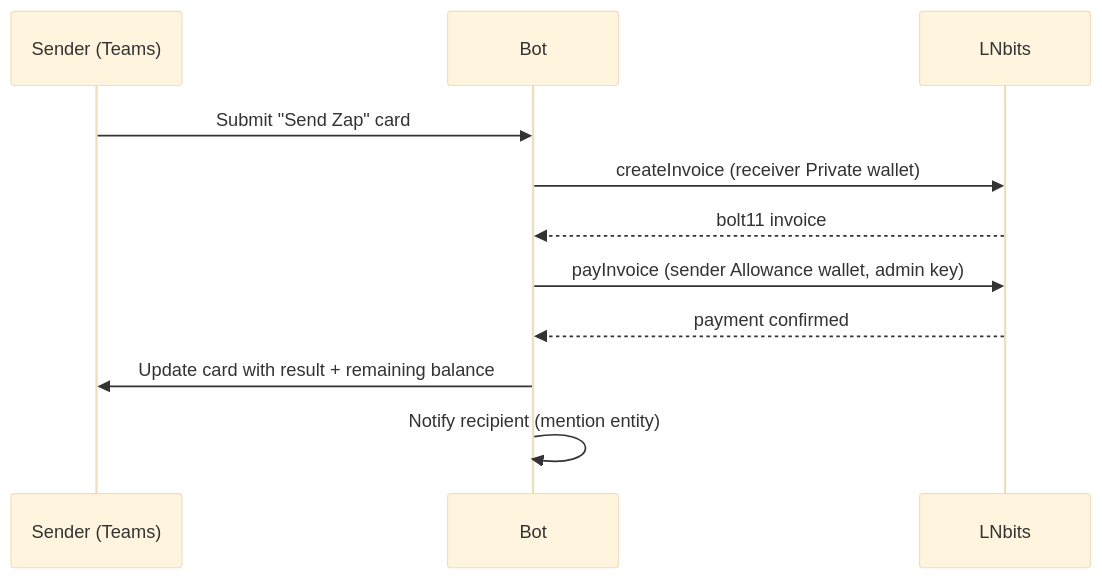
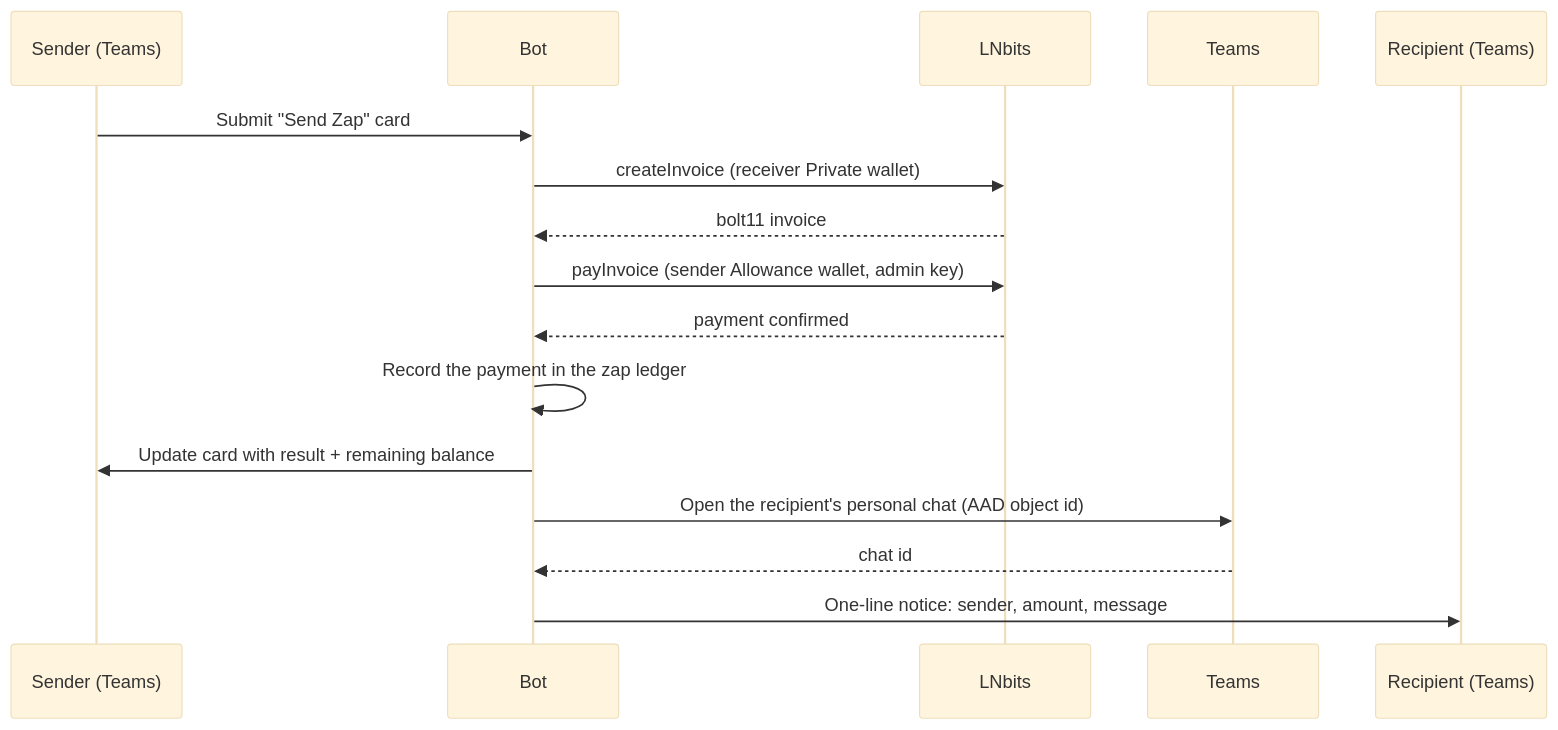
One commit to ecortez91/zaplie-bot changed the second of 2 diagrams in docs/SOLUTION_DESIGN.adoc. Above: the diagram before and after it, drawn with Mermaid (base theme). The commit also changed other lines of this file and 11 other files, not shown here.

```diff
--- a/docs/SOLUTION_DESIGN.adoc
+++ b/docs/SOLUTION_DESIGN.adoc
@@ -129,15 +129,20 @@
 [mermaid]
 ....
 sequenceDiagram
     participant S as Sender (Teams)
     participant B as Bot
     participant L as LNbits
+    participant T as Teams
+    participant R as Recipient (Teams)
 
     S->>B: Submit "Send Zap" card
     B->>L: createInvoice (receiver Private wallet)
     L-->>B: bolt11 invoice
     B->>L: payInvoice (sender Allowance wallet, admin key)
     L-->>B: payment confirmed
+    B->>B: Record the payment in the zap ledger
     B->>S: Update card with result + remaining balance
-    B->>B: Notify recipient (mention entity)
+    B->>T: Open the recipient's personal chat (AAD object id)
+    T-->>B: chat id
+    B->>R: One-line notice: sender, amount, message
 ....
```
